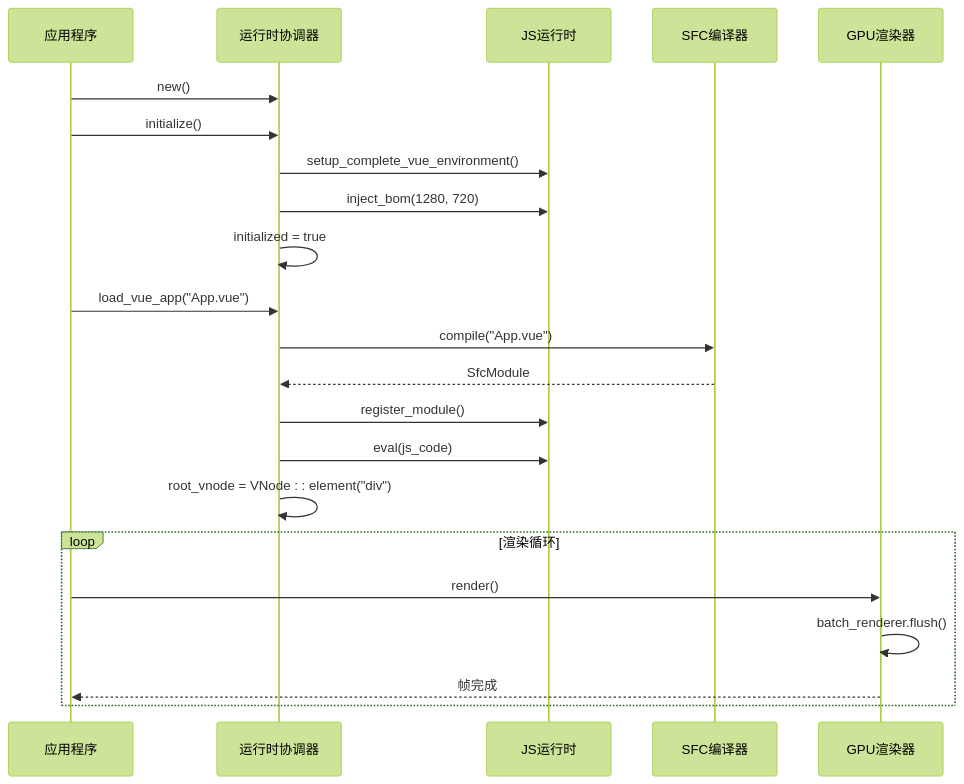
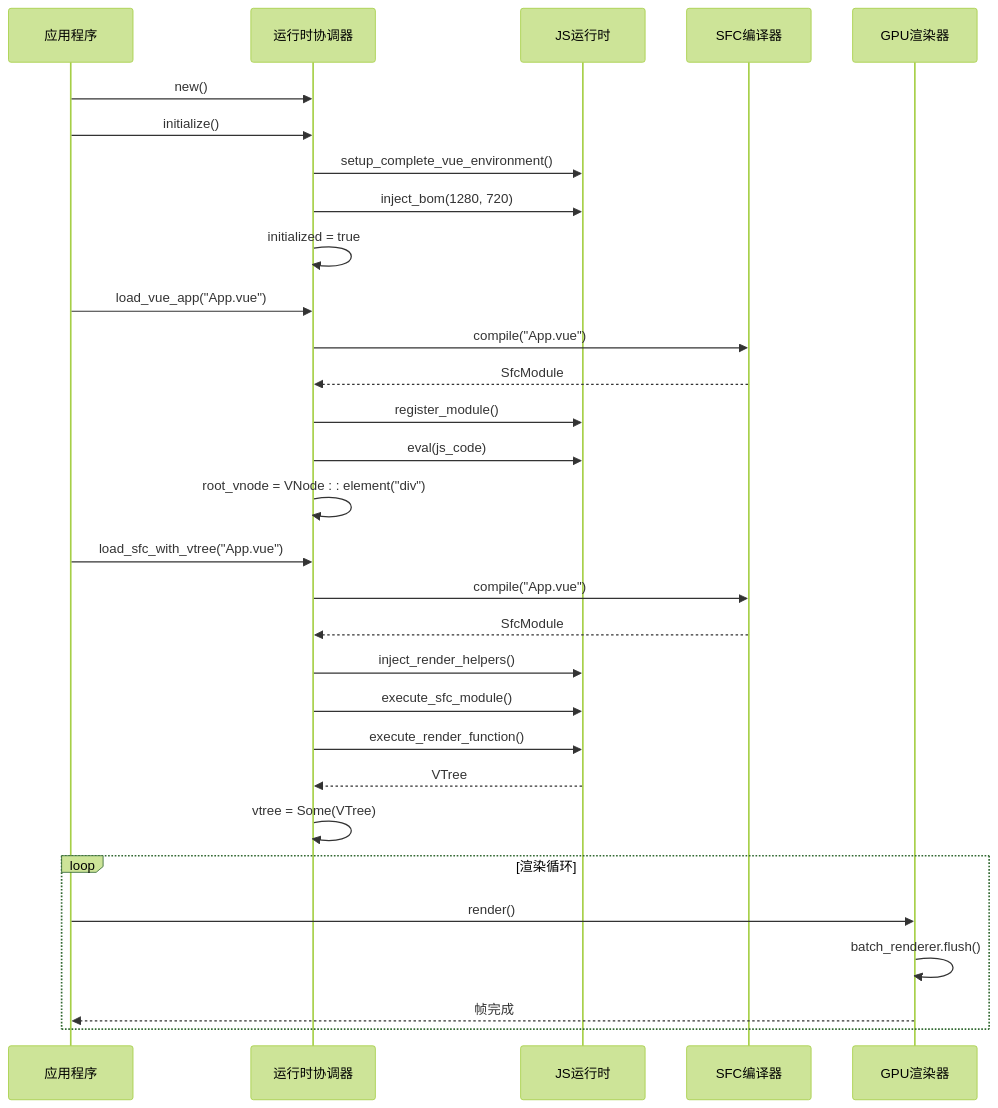
The fifth of 12 diagrams in .qoder/repowiki/zh/content/技术架构详解/整体架构设计/Iris运行时协调器.md (itszzl-sudo/iris), drawn with Mermaid (forest theme) before and after one commit. The commit also changed other lines of this file and 8 other files, not shown here.

````diff
--- a/.qoder/repowiki/zh/content/技术架构详解/整体架构设计/Iris运行时协调器.md
+++ b/.qoder/repowiki/zh/content/技术架构详解/整体架构设计/Iris运行时协调器.md
@@ -251,24 +274,32 @@
 ```mermaid
 sequenceDiagram
 participant APP as 应用程序
 participant ORCH as 运行时协调器
 participant JS as JS运行时
 participant SFC as SFC编译器
 participant GPU as GPU渲染器
 APP->>ORCH : new()
 APP->>ORCH : initialize()
 ORCH->>JS : setup_complete_vue_environment()
 ORCH->>JS : inject_bom(1280, 720)
 ORCH->>ORCH : initialized = true
 APP->>ORCH : load_vue_app("App.vue")
 ORCH->>SFC : compile("App.vue")
 SFC-->>ORCH : SfcModule
 ORCH->>JS : register_module()
 ORCH->>JS : eval(js_code)
 ORCH->>ORCH : root_vnode = VNode : : element("div")
+APP->>ORCH : load_sfc_with_vtree("App.vue")
+ORCH->>SFC : compile("App.vue")
+SFC-->>ORCH : SfcModule
+ORCH->>JS : inject_render_helpers()
+ORCH->>JS : execute_sfc_module()
+ORCH->>JS : execute_render_function()
+JS-->>ORCH : VTree
+ORCH->>ORCH : vtree = Some(VTree)
 loop 渲染循环
 APP->>GPU : render()
 GPU->>GPU : batch_renderer.flush()
 GPU-->>APP : 帧完成
 END
 ```
````
